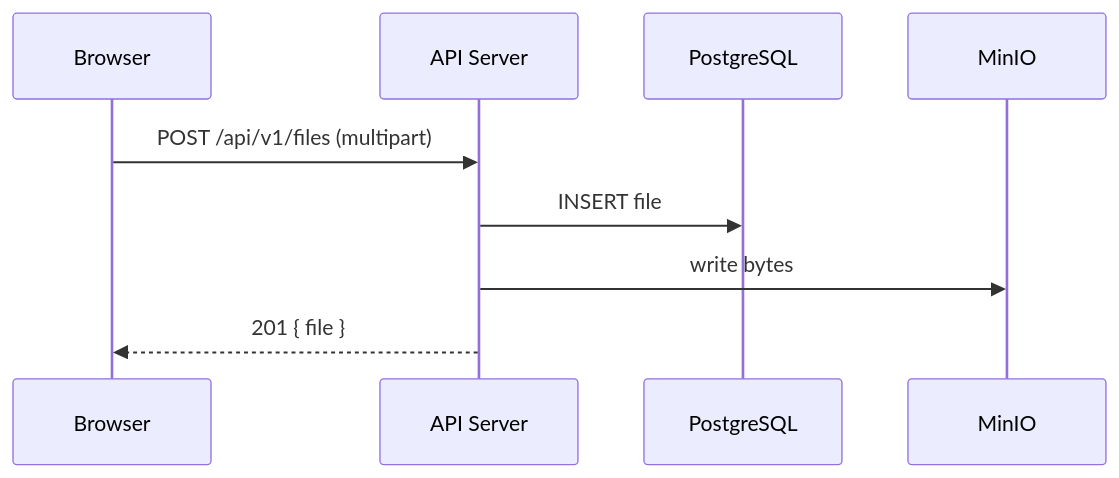
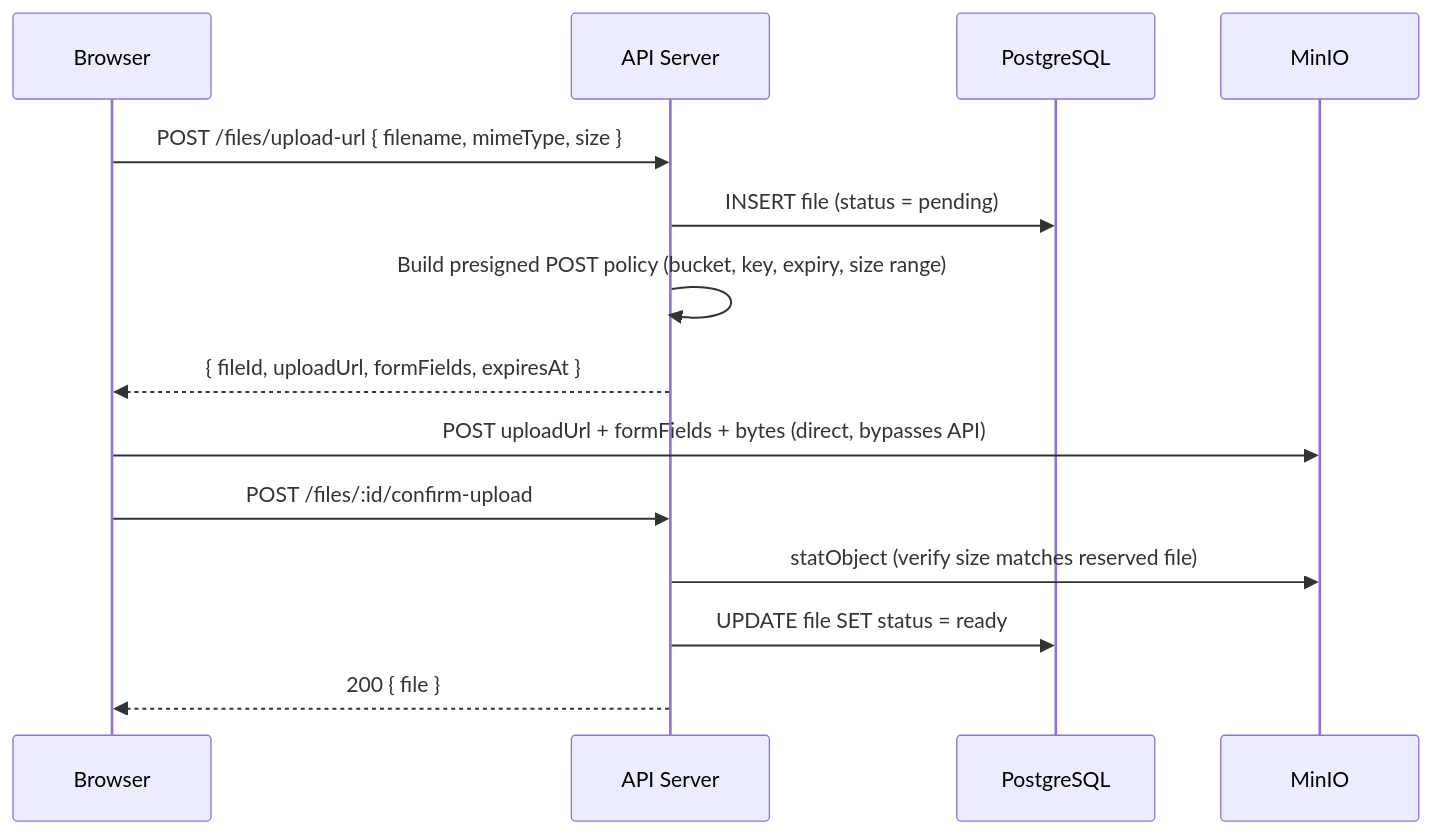
The fourth of 10 diagrams in docs/architecture.md (vietlvq2609/file-processing-platform), drawn with Mermaid before and after one commit. The commit also changed other lines of this file and 2 other files, not shown here.

Commit message:
feat: update job status terminology and enhance documentation for presigned uploads

````diff
--- a/docs/architecture.md
+++ b/docs/architecture.md
@@ -140,12 +144,17 @@
 ```mermaid
 sequenceDiagram
     participant Browser
     participant API as API Server
     participant DB as PostgreSQL
     participant S as MinIO
 
-    Browser->>API: POST /api/v1/files (multipart)
-    API->>DB: INSERT file
-    API->>S: write bytes
-    API-->>Browser: 201 { file }
+    Browser->>API: POST /files/upload-url { filename, mimeType, size }
+    API->>DB: INSERT file (status = pending)
+    API->>API: Build presigned POST policy (bucket, key, expiry, size range)
+    API-->>Browser: { fileId, uploadUrl, formFields, expiresAt }
+    Browser->>S: POST uploadUrl + formFields + bytes (direct, bypasses API)
+    Browser->>API: POST /files/:id/confirm-upload
+    API->>S: statObject (verify size matches reserved file)
+    API->>DB: UPDATE file SET status = ready
+    API-->>Browser: 200 { file }
 ```
````
